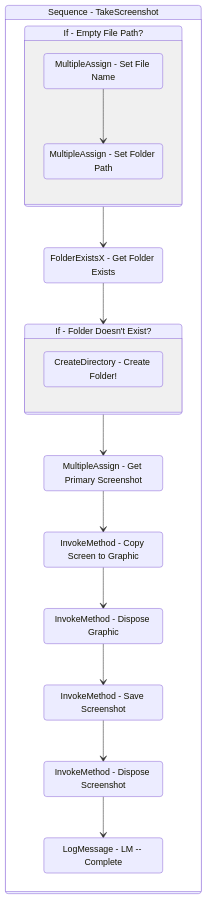
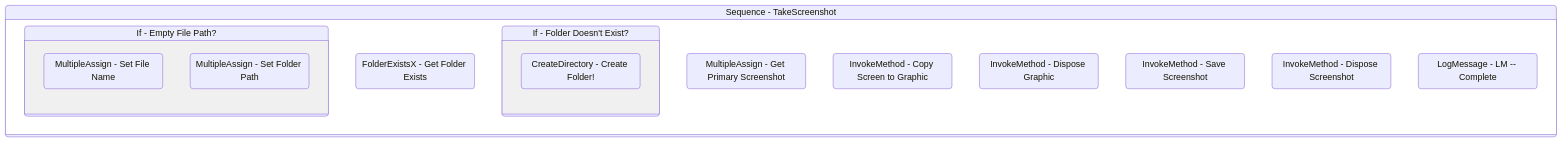
The diagram in Documentation/Utility/TakeScreenshot.md (yashbrahmbhatt/LazyFramework), drawn with Mermaid before and after one commit. The commit also changed 72 other files, not shown here.

````diff
--- a/Documentation/Utility/TakeScreenshot.md
+++ b/Documentation/Utility/TakeScreenshot.md
@@ -142,37 +142,29 @@
 ```mermaid
 stateDiagram-v2
 
 
 Sequence_1: Sequence - TakeScreenshot
 state Sequence_1 {
 direction TB
 
 If_2: If - Empty File Path?
 state If_2 {
 direction TB
 MultipleAssign_1 : MultipleAssign - Set File Name
 MultipleAssign_3 : MultipleAssign - Set Folder Path
-MultipleAssign_1 --> MultipleAssign_3
 }
 FolderExistsX_1 : FolderExistsX - Get Folder Exists
-If_2 --> FolderExistsX_1
-FolderExistsX_1 --> If_1
+
 If_1: If - Folder Doesn't Exist?
 state If_1 {
 direction TB
 CreateDirectory_1 : CreateDirectory - Create Folder!
 }
 MultipleAssign_2 : MultipleAssign - Get Primary Screenshot
-If_1 --> MultipleAssign_2
 InvokeMethod_1 : InvokeMethod - Copy Screen to Graphic
-MultipleAssign_2 --> InvokeMethod_1
 InvokeMethod_2 : InvokeMethod - Dispose Graphic
-InvokeMethod_1 --> InvokeMethod_2
 InvokeMethod_3 : InvokeMethod - Save Screenshot
-InvokeMethod_2 --> InvokeMethod_3
 InvokeMethod_4 : InvokeMethod - Dispose Screenshot
-InvokeMethod_3 --> InvokeMethod_4
 LogMessage_1 : LogMessage - LM -- Complete
-InvokeMethod_4 --> LogMessage_1
 }
 ```
````
